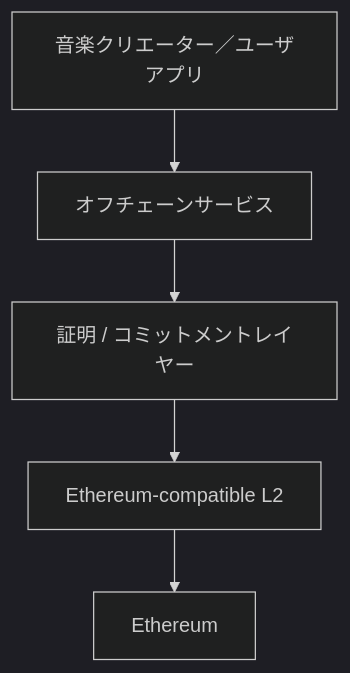
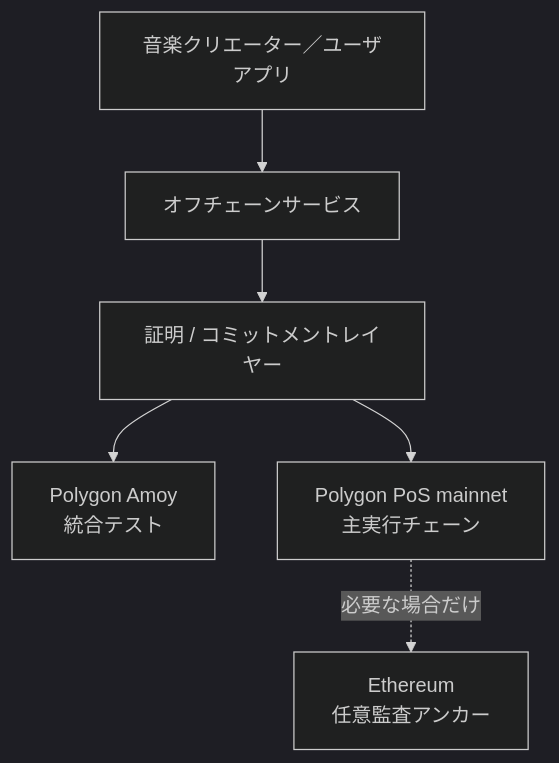
One commit to ShigeichiroYamasaki/creator-first-platform changed the first of 4 diagrams in docs/adr/ADR-0007-blockchain-l2-strategy.md. Above: the diagram before and after it, drawn with Mermaid (dark theme). The commit also changed other lines of this file and 8 other files, not shown here.

````diff
--- a/docs/adr/ADR-0007-blockchain-l2-strategy.md
+++ b/docs/adr/ADR-0007-blockchain-l2-strategy.md
@@ -64,13 +66,15 @@
 ```mermaid
 flowchart TD
     APP[音楽クリエーター／ユーザアプリ]
     OFF[オフチェーンサービス]
     PROOF[証明 / コミットメントレイヤー]
-    L2[Ethereum-compatible L2]
-    ETH[Ethereum]
+    AMOY[Polygon Amoy<br>統合テスト]
+    POS[Polygon PoS mainnet<br>主実行チェーン]
+    ETH[Ethereum<br>任意監査アンカー]
 
     APP --> OFF
     OFF --> PROOF
-    PROOF --> L2
-    L2 --> ETH
+    PROOF --> AMOY
+    PROOF --> POS
+    POS -. 必要な場合だけ .-> ETH
 ```
````
